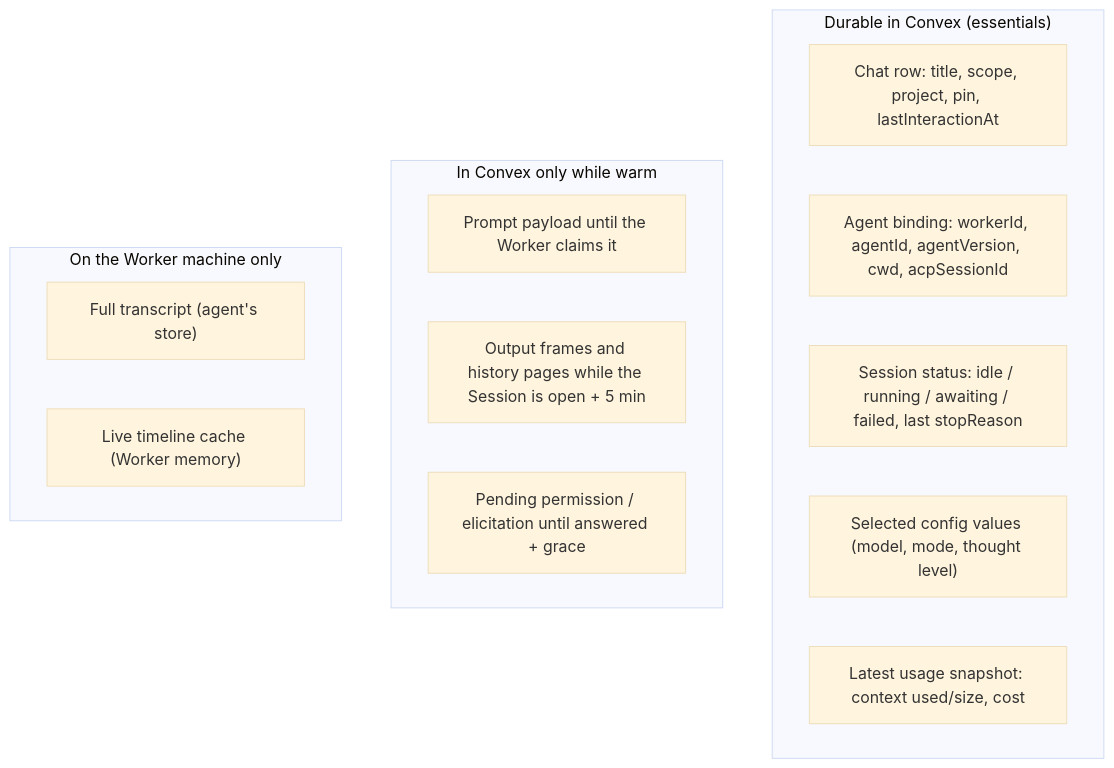
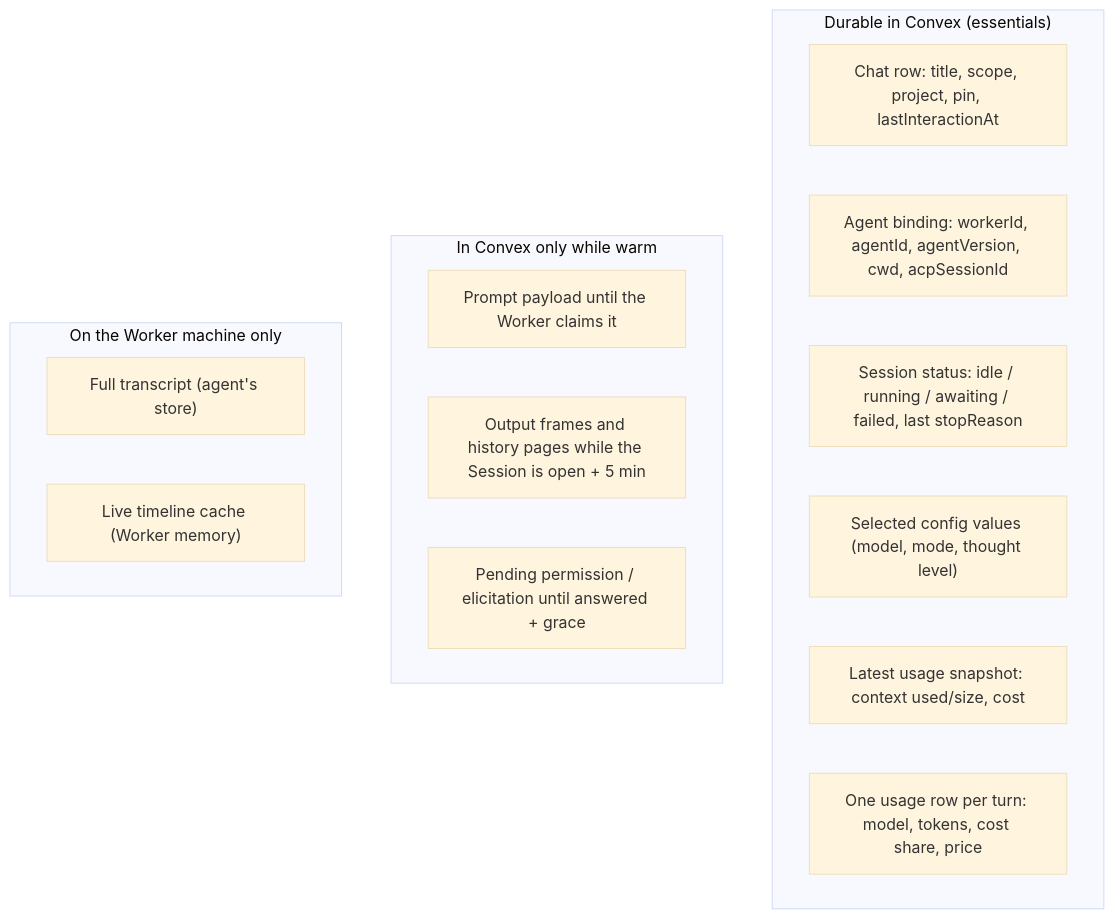
One commit to alkalines/Radium changed the second of 2 diagrams in docs/ACP.md. Above: the diagram before and after it, drawn with Mermaid (base theme). The commit also changed other lines of this file and 44 other files, not shown here.

````diff
--- a/docs/ACP.md
+++ b/docs/ACP.md
@@ -109,19 +109,20 @@
 ```mermaid
 flowchart TB
     subgraph Durable["Durable in Convex (essentials)"]
         D1["Chat row: title, scope, project, pin, lastInteractionAt"]
         D2["Agent binding: workerId, agentId, agentVersion, cwd, acpSessionId"]
         D3["Session status: idle / running / awaiting / failed, last stopReason"]
         D4["Selected config values (model, mode, thought level)"]
         D5["Latest usage snapshot: context used/size, cost"]
+        D6["One usage row per turn: model, tokens, cost share, price"]
     end
     subgraph Transient["In Convex only while warm"]
         T1["Prompt payload until the Worker claims it"]
         T2["Output frames and history pages while the Session is open + 5 min"]
         T3["Pending permission / elicitation until answered + grace"]
     end
     subgraph Agent["On the Worker machine only"]
         A1["Full transcript (agent's store)"]
         A2["Live timeline cache (Worker memory)"]
     end
 ```
````
